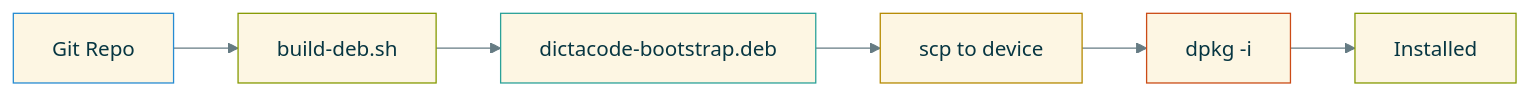
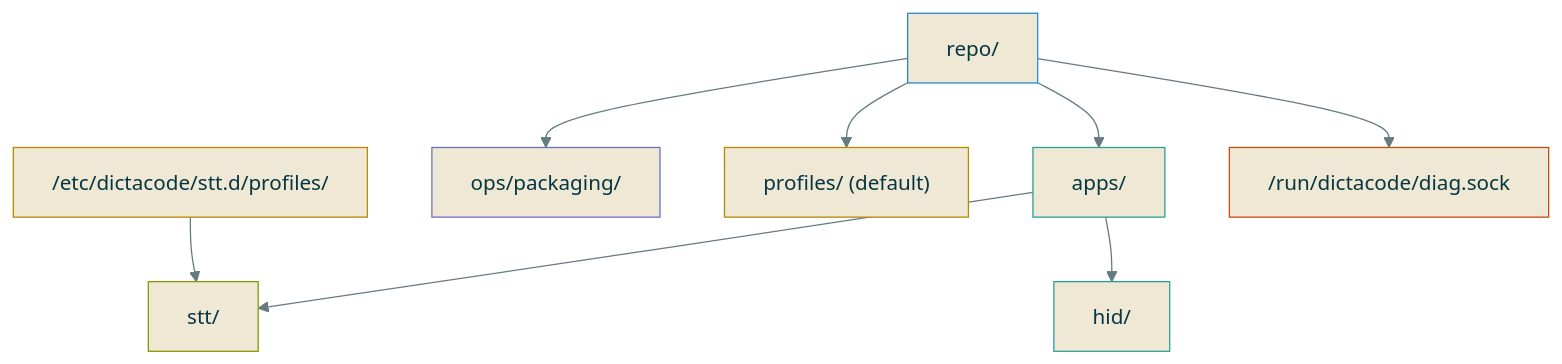
One commit to cprima-homelab/dictacode changed the tenth of 18 diagrams in docs/diagrams.md. Above: the diagram before and after it, drawn with Mermaid. The commit also changed other lines of this file and 3 other files, not shown here.

First line of the commit message:
Add architecture plans v0.3.10-v0.3.11 and code map tool

````diff
--- a/docs/diagrams.md
+++ b/docs/diagrams.md
@@ -304,23 +275,28 @@
 ```mermaid
 %%{init: {'theme': 'base', 'themeVariables': { 'primaryColor': '#fdf6e3', 'primaryTextColor': '#073642', 'primaryBorderColor': '#268bd2', 'lineColor': '#657b83'}}}%%
-flowchart LR
-    REPO["Git Repo"]
-    BUILD["build-deb.sh"]
-    DEB["dictacode-bootstrap.deb"]
-    SCP["scp to device"]
-    DPKG["dpkg -i"]
-    INSTALLED["Installed"]
+flowchart TB
+    ROOT["repo/"]
+    APPS["apps/"]
+    STT["stt/"]
+    HID["hid/"]
+    OPS["ops/packaging/"]
+    TEMPL["profiles/ (default)"]
+    ETC["/etc/dictacode/stt.d/profiles/"]
+    RUN["/run/dictacode/diag.sock"]
 
-    REPO --> BUILD
-    BUILD --> DEB
-    DEB --> SCP
-    SCP --> DPKG
-    DPKG --> INSTALLED
+    ROOT --> APPS --> STT
+    APPS --> HID
+    ROOT --> OPS
+    ROOT --> TEMPL
+    ROOT --> RUN
+    ETC --> STT
 
-    style REPO fill:#fdf6e3,stroke:#268bd2,color:#073642
-    style BUILD fill:#fdf6e3,stroke:#859900,color:#073642
-    style DEB fill:#fdf6e3,stroke:#2aa198,color:#073642
-    style SCP fill:#fdf6e3,stroke:#b58900,color:#073642
-    style DPKG fill:#fdf6e3,stroke:#cb4b16,color:#073642
-    style INSTALLED fill:#fdf6e3,stroke:#859900,color:#073642
+    style ROOT fill:#eee8d5,stroke:#268bd2,color:#073642
+    style APPS fill:#eee8d5,stroke:#2aa198,color:#073642
+    style STT fill:#eee8d5,stroke:#859900,color:#073642
+    style HID fill:#eee8d5,stroke:#2aa198,color:#073642
+    style OPS fill:#eee8d5,stroke:#6c71c4,color:#073642
+    style TEMPL fill:#eee8d5,stroke:#b58900,color:#073642
+    style ETC fill:#eee8d5,stroke:#b58900,color:#073642
+    style RUN fill:#eee8d5,stroke:#cb4b16,color:#073642
 ```
````
